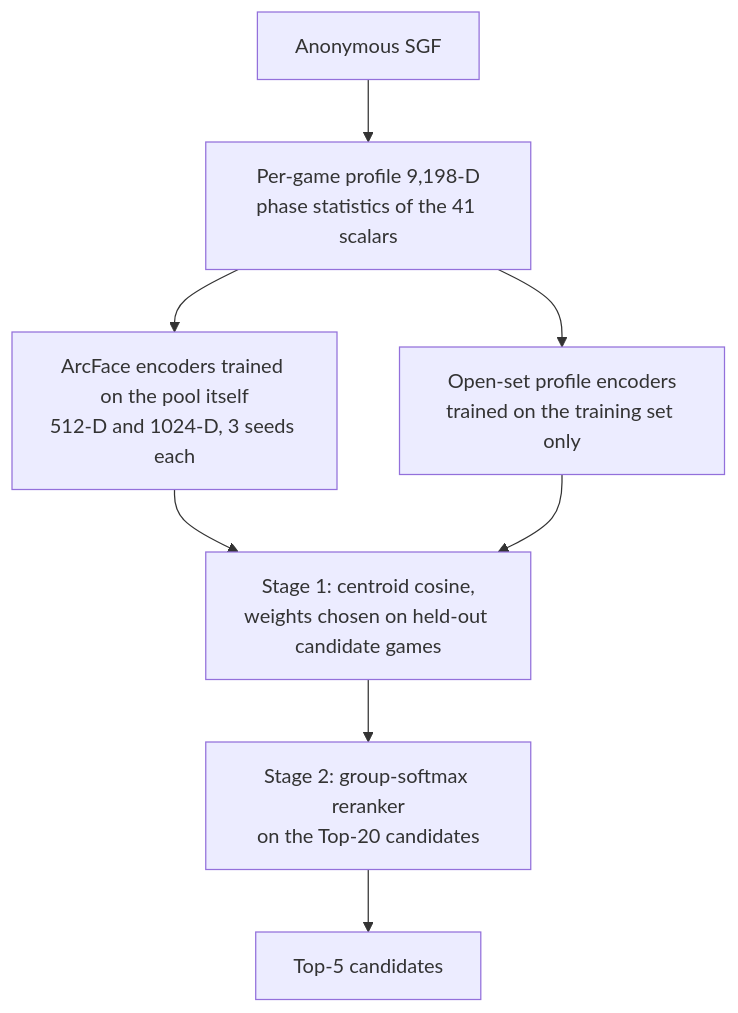
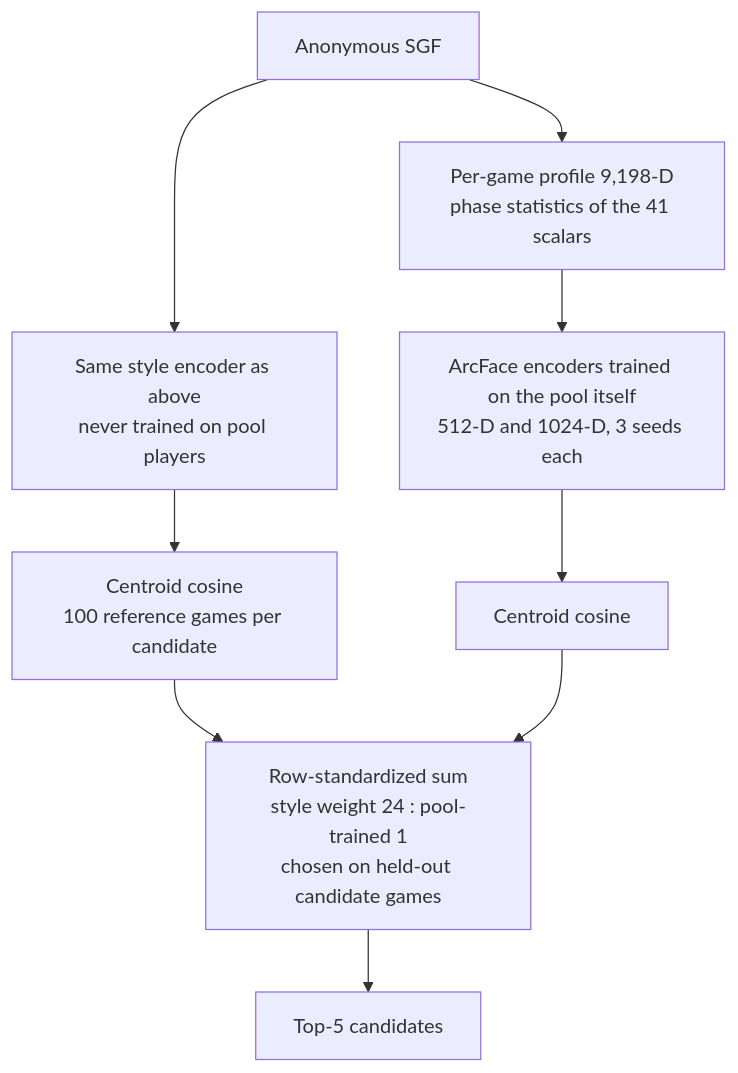
One commit to richard880502/AICUP2026_GO changed the third of 3 diagrams in README.md. Above: the diagram before and after it, drawn with Mermaid. The commit also changed other lines of this file and 3 other files, not shown here.

````diff
--- a/README.md
+++ b/README.md
@@ -87,10 +87,11 @@
 ```mermaid
 flowchart TD
-    SGF2["Anonymous SGF"] --> PROFILE["Per-game profile 9,198-D<br/>phase statistics of the 41 scalars"]
+    SGF2["Anonymous SGF"] --> STYLE2["Same style encoder as above<br/>never trained on pool players"]
+    SGF2 --> PROFILE["Per-game profile 9,198-D<br/>phase statistics of the 41 scalars"]
     PROFILE --> ARCFACE["ArcFace encoders trained on the pool itself<br/>512-D and 1024-D, 3 seeds each"]
-    PROFILE --> OPEN2["Open-set profile encoders<br/>trained on the training set only"]
-    ARCFACE --> STAGE1["Stage 1: centroid cosine,<br/>weights chosen on held-out candidate games"]
-    OPEN2 --> STAGE1
-    STAGE1 --> RERANK["Stage 2: group-softmax reranker<br/>on the Top-20 candidates"]
-    RERANK --> TOP5B["Top-5 candidates"]
+    STYLE2 --> SCOS["Centroid cosine<br/>100 reference games per candidate"]
+    ARCFACE --> PCOS["Centroid cosine"]
+    SCOS --> MIX["Row-standardized sum<br/>style weight 24 : pool-trained 1<br/>chosen on held-out candidate games"]
+    PCOS --> MIX
+    MIX --> TOP5B["Top-5 candidates"]
 ```
````
